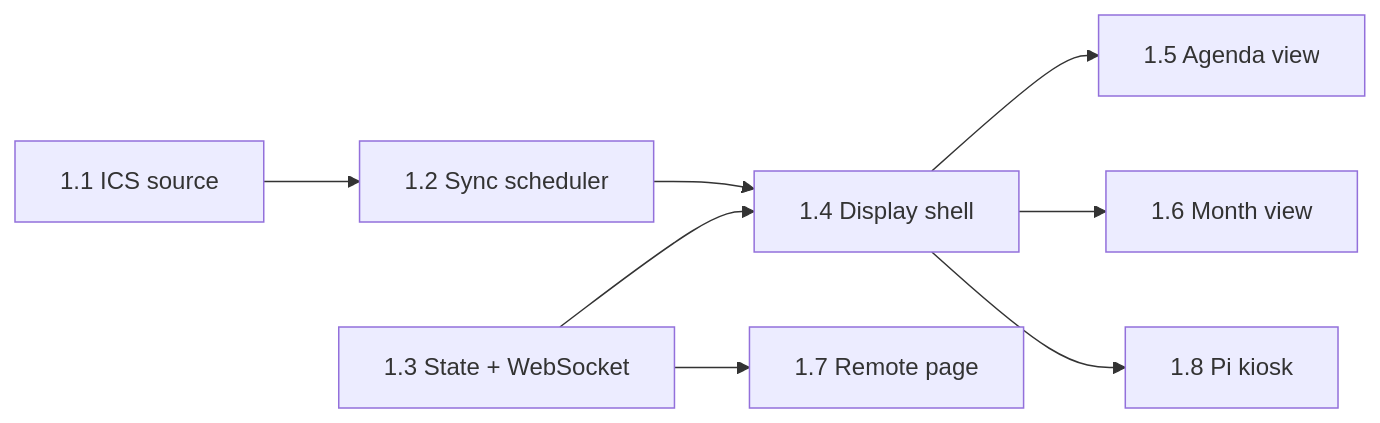
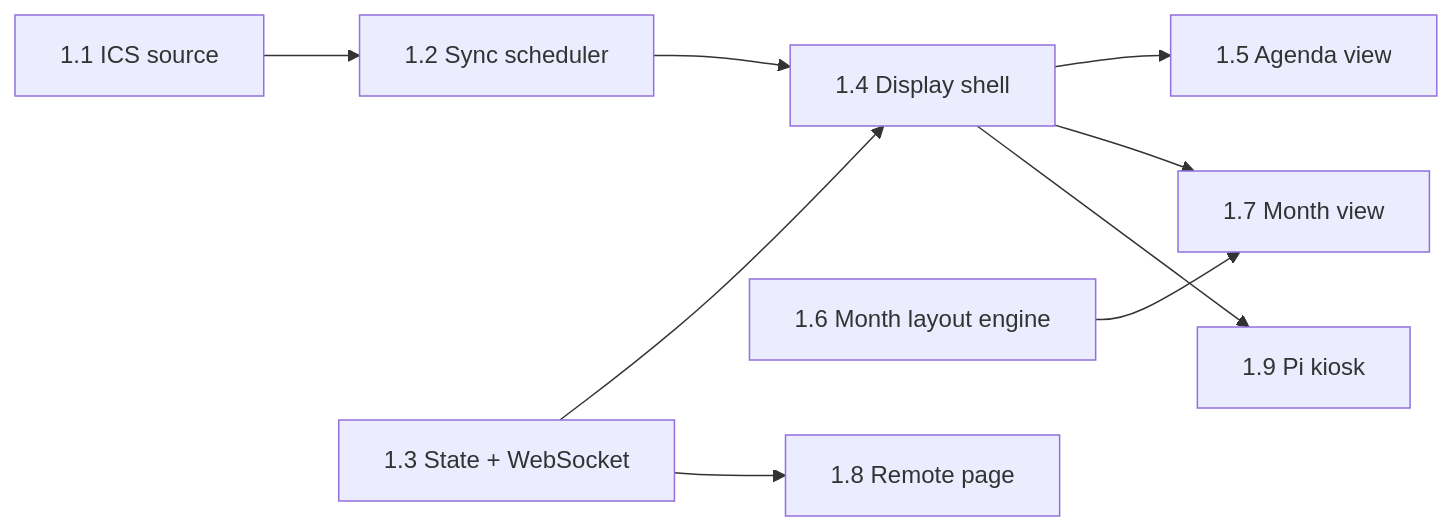
The diagram in docs/implementation-plan.md (Kallb123/Wall-Display), drawn with Mermaid before and after one commit. The commit also changed other lines of this file and 1 other file, not shown here.

First line of the commit message:
Docs: month view, special days and remote month picker from Claude Design (#2)

````diff
--- a/docs/implementation-plan.md
+++ b/docs/implementation-plan.md
@@ -66,10 +72,11 @@
 ```mermaid
 flowchart LR
     A[1.1 ICS source] --> B[1.2 Sync scheduler]
     C[1.3 State + WebSocket] --> D[1.4 Display shell]
     B --> D
     D --> E[1.5 Agenda view]
-    D --> F[1.6 Month view]
-    C --> G[1.7 Remote page]
-    D --> H[1.8 Pi kiosk]
+    F[1.6 Month layout engine] --> G[1.7 Month view]
+    D --> G
+    C --> H[1.8 Remote page]
+    D --> I[1.9 Pi kiosk]
 ```
````
